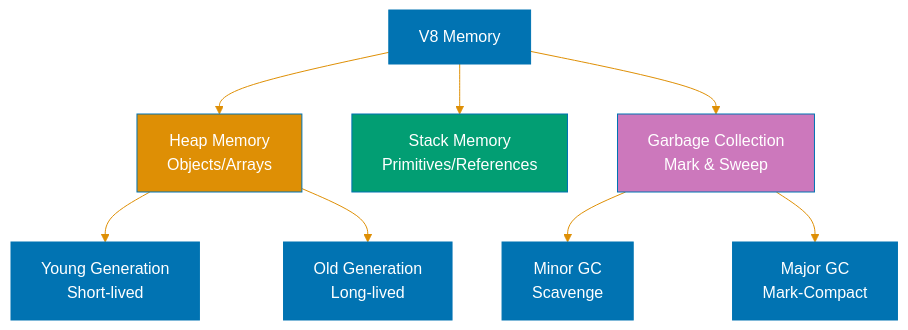
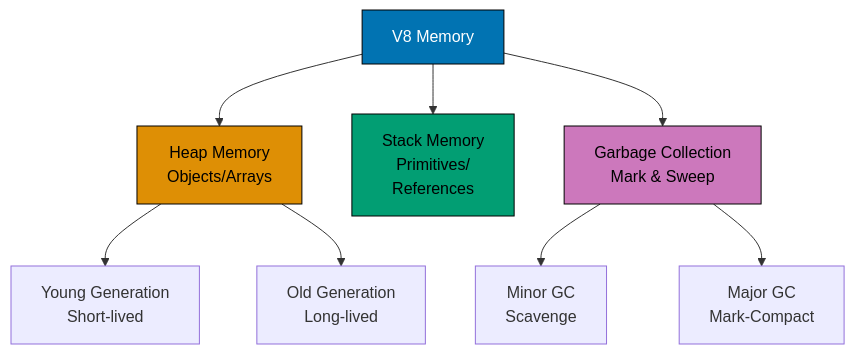
The fifth of 5 diagrams in docs/explanation/software-engineering/programming-languages/typescript/memory-management.md (wahidyankf/ose-public), drawn with Mermaid before and after one commit. The commit also changed other lines of this file and 57 other files, not shown here.

First line of the commit message:
docs(diagrams): make docs diagrams accessible

````diff
--- a/docs/explanation/software-engineering/programming-languages/typescript/memory-management.md
+++ b/docs/explanation/software-engineering/programming-languages/typescript/memory-management.md
@@ -658,18 +666,23 @@
 ```mermaid
-%%{init: {'theme':'base', 'themeVariables': { 'primaryColor':'#0173B2','primaryTextColor':'#fff','primaryBorderColor':'#0173B2','lineColor':'#DE8F05','secondaryColor':'#029E73','tertiaryColor':'#CC78BC','fontSize':'16px'}}}%%
 flowchart TD
+    accTitle: TypeScript Memory Management
+    accDescr: V8 Memory leads to Heap Memory Objects/Arrays; V8 Memory leads to Stack Memory Primitives/References; V8 Memory leads to Garbage Collection Mark & Sweep; Heap Memory Objects/Arrays leads to Young Generation Short-lived; and 3 more links.
     A[V8 Memory] --> B[Heap Memory<br/>Objects/Arrays]
-    A --> C[Stack Memory<br/>Primitives/References]
+    A --> C[Stack Memory<br/>Primitives/<br/>References]
     A --> D[Garbage Collection<br/>Mark & Sweep]
 
     B --> E[Young Generation<br/>Short-lived]
     B --> F[Old Generation<br/>Long-lived]
 
     D --> G[Minor GC<br/>Scavenge]
     D --> H[Major GC<br/>Mark-Compact]
 
-    style A fill:#0173B2,color:#fff
-    style B fill:#DE8F05,color:#fff
-    style C fill:#029E73,color:#fff
-    style D fill:#CC78BC,color:#fff
+    classDef blue fill:#0173B2,stroke:#000000,color:#FFFFFF
+    classDef orange fill:#DE8F05,stroke:#000000,color:#000000
+    classDef teal fill:#029E73,stroke:#000000,color:#000000
+    classDef purple fill:#CC78BC,stroke:#000000,color:#000000
+    class A blue
+    class B orange
+    class C teal
+    class D purple
 ```
````
